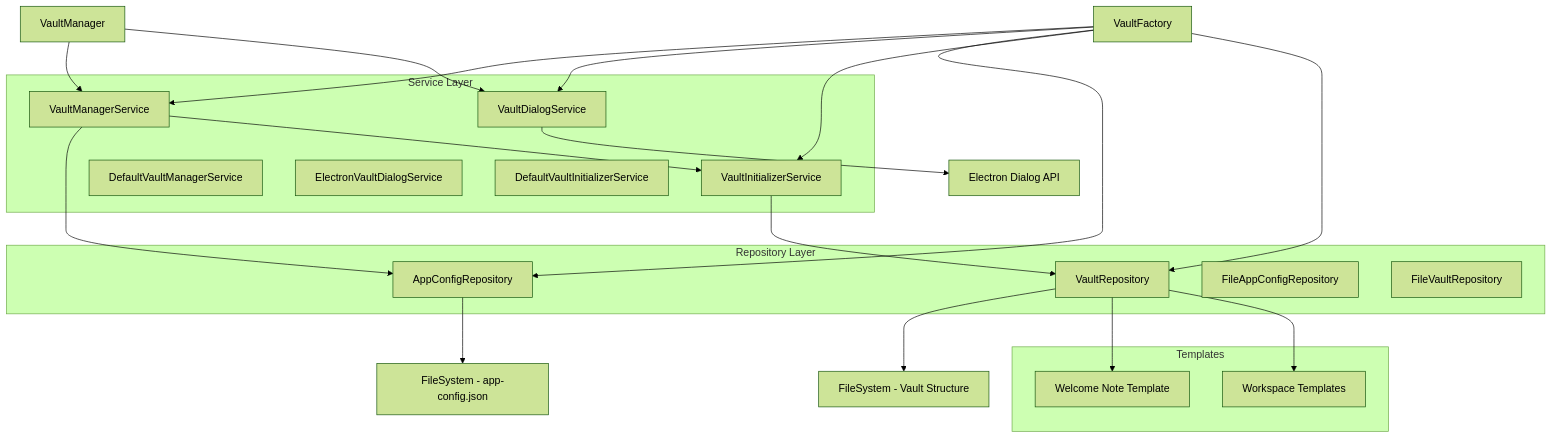
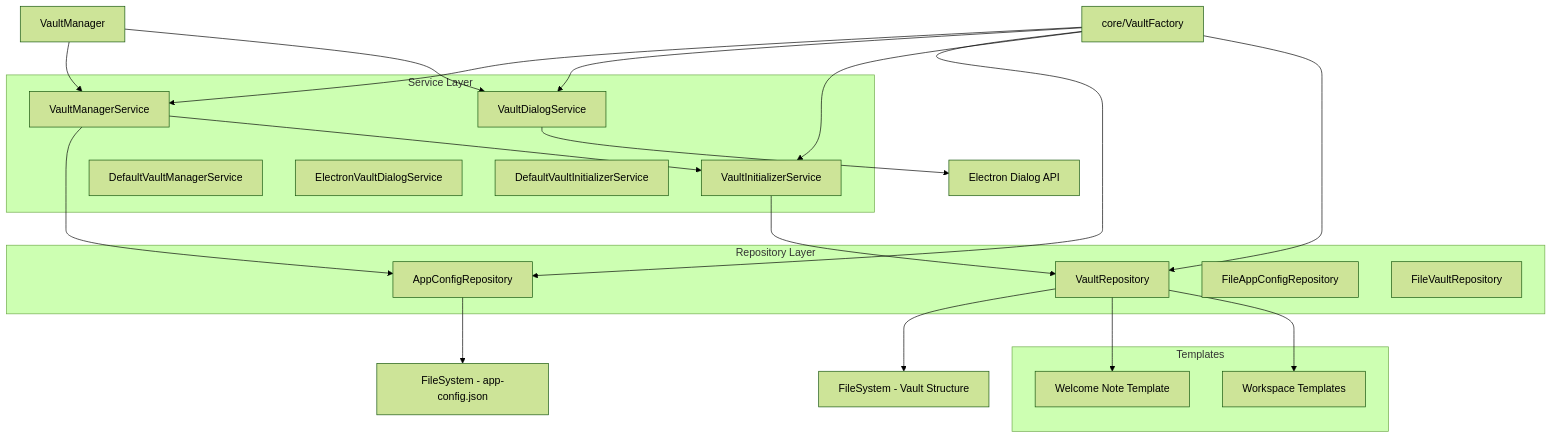
The first of 3 diagrams in electron/main/vault/README.md (yish0/not.e), drawn with Mermaid (forest theme) before and after one commit. The commit also changed 5 other files, not shown here.

````diff
--- a/electron/main/vault/README.md
+++ b/electron/main/vault/README.md
@@ -7,45 +7,45 @@
 ```mermaid
 graph TB
     A[VaultManager] --> B[VaultManagerService]
     A --> C[VaultDialogService]
 
     B --> D[AppConfigRepository]
     B --> E[VaultInitializerService]
 
     E --> F[VaultRepository]
 
     D --> G[FileSystem - app-config.json]
     F --> H[FileSystem - Vault Structure]
 
     C --> I[Electron Dialog API]
 
-    J[VaultFactory] --> B
+    J[core/VaultFactory] --> B
     J --> C
     J --> D
     J --> E
     J --> F
 
     subgraph "Repository Layer"
         D
         F
         K[FileAppConfigRepository]
         L[FileVaultRepository]
     end
 
     subgraph "Service Layer"
         B
         C
         E
         M[DefaultVaultManagerService]
         N[ElectronVaultDialogService]
         O[DefaultVaultInitializerService]
     end
 
     subgraph "Templates"
         P[Welcome Note Template]
         Q[Workspace Templates]
     end
 
     F --> P
     F --> Q
 ```
````
